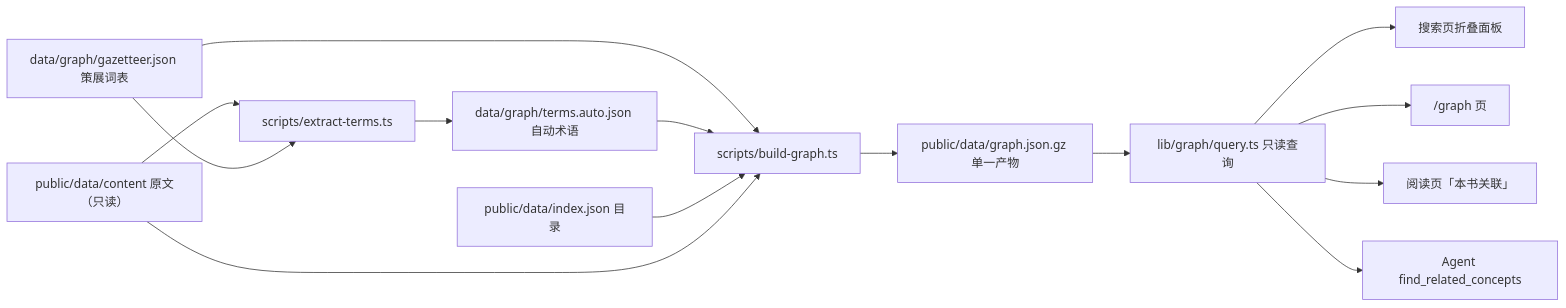
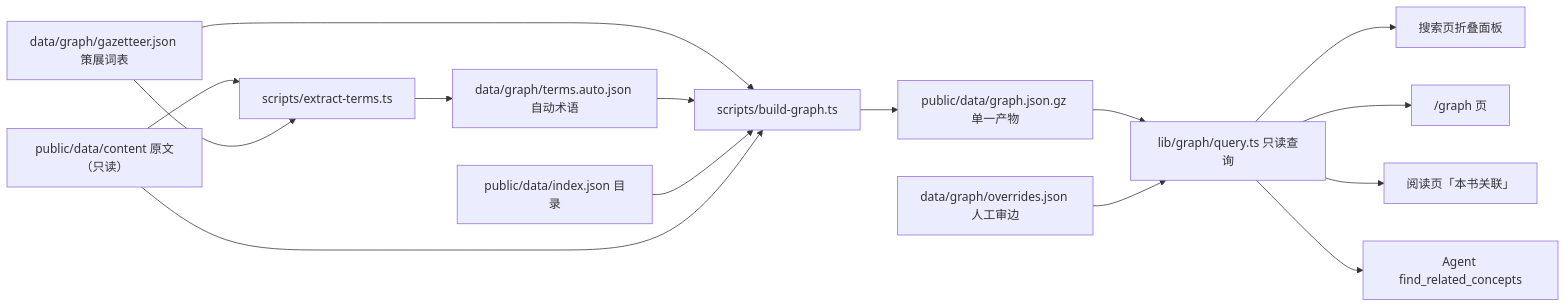
One commit to DaimaRuge/daozang-web-main changed the first of 2 diagrams in docs/ARCHITECTURE.md. Above: the diagram before and after it, drawn with Mermaid. The commit also changed other lines of this file and 10 other files, not shown here.

First line of the commit message:
feat(graph): 为待考关系增加人工审核层

````diff
--- a/docs/ARCHITECTURE.md
+++ b/docs/ARCHITECTURE.md
@@ -57,16 +58,17 @@
 ```mermaid
 flowchart LR
   content["public/data/content 原文（只读）"] --> extract["scripts/extract-terms.ts"]
   gaz["data/graph/gazetteer.json 策展词表"] --> extract
   extract --> auto["data/graph/terms.auto.json 自动术语"]
   gaz --> build["scripts/build-graph.ts"]
   auto --> build
   idx["public/data/index.json 目录"] --> build
   content --> build
   build --> artifact["public/data/graph.json.gz 单一产物"]
   artifact --> query["lib/graph/query.ts 只读查询"]
   query --> search["搜索页折叠面板"]
   query --> page["/graph 页"]
   query --> reader["阅读页「本书关联」"]
   query --> agent["Agent find_related_concepts"]
+  ov["data/graph/overrides.json 人工审边"] --> query
 ```
````
